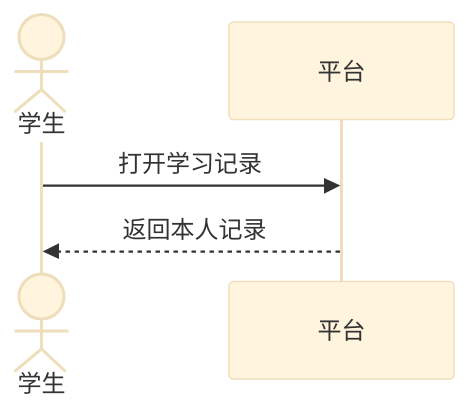
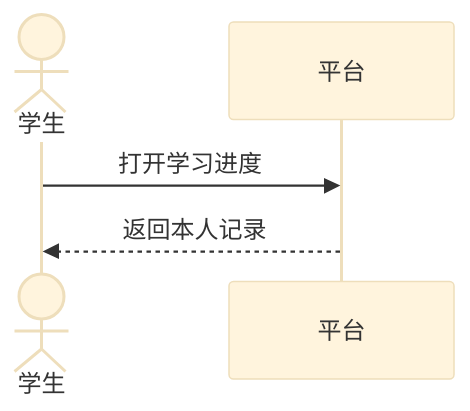
One commit to g513yb/smart-se-learn changed the fourth of 7 diagrams in .claude/skills/requirements-analysis/references/modeling-guide.md. Above: the diagram before and after it, drawn with Mermaid (base theme). The commit also changed other lines of this file and 6 other files, not shown here.

````diff
--- a/.claude/skills/requirements-analysis/references/modeling-guide.md
+++ b/.claude/skills/requirements-analysis/references/modeling-guide.md
@@ -91,7 +91,7 @@
 ```mermaid
 sequenceDiagram
   actor S as 学生
   participant P as 平台
-  S->>P: 打开学习记录
+  S->>P: 打开学习进度
   P-->>S: 返回本人记录
 ```
````
